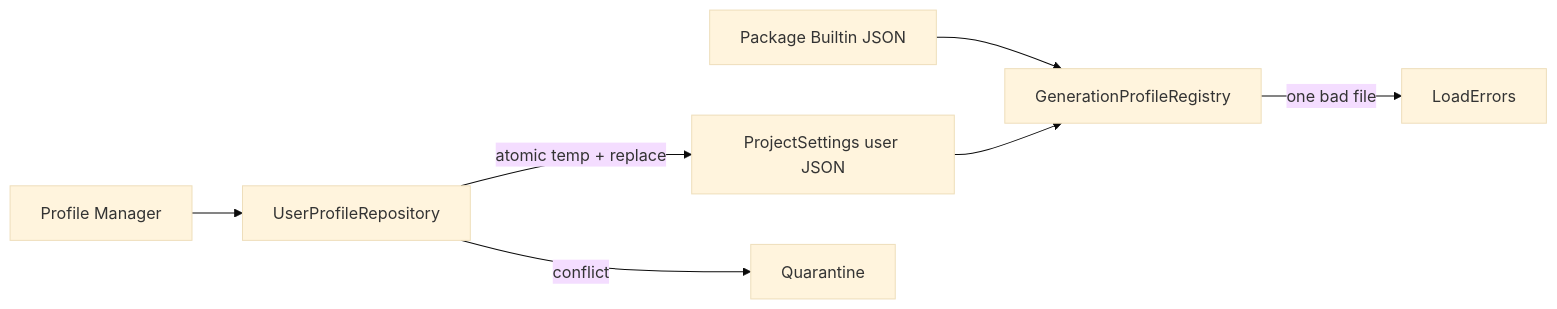
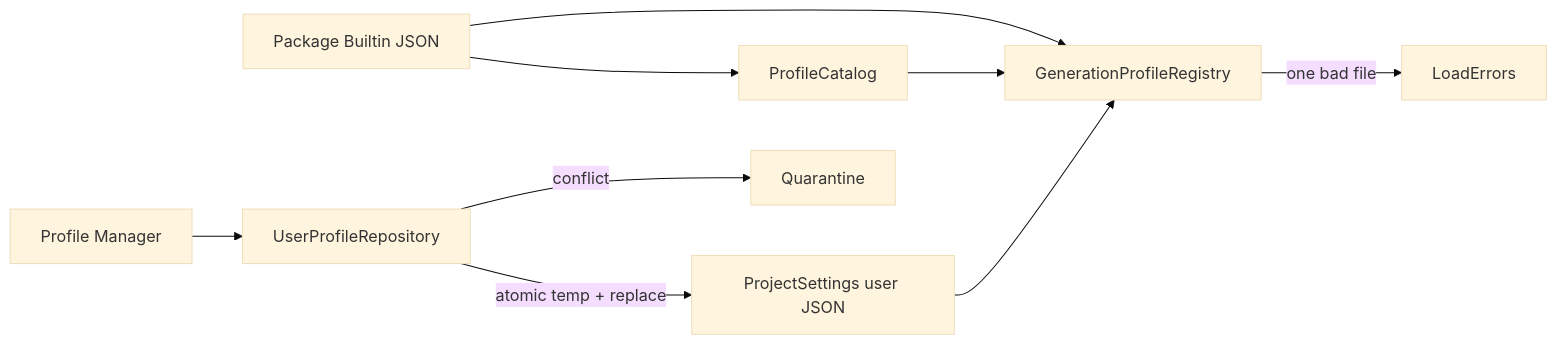
Before and after one commit to skepticworks/Unity-AI-Asset-Generator: the first of 10 diagrams in ARCHITECTURE.md, drawn with Mermaid (base theme). The commit also changed other lines of this file and 40 other files, not shown here.

First line of the commit message:
Consolidate architecture for Milestone 4.5 without changing product behavior.

````diff
--- a/ARCHITECTURE.md
+++ b/ARCHITECTURE.md
@@ -51,9 +51,11 @@
 ```mermaid
 flowchart LR
-  Builtin[Package Builtin JSON] --> Registry[GenerationProfileRegistry]
+  Builtin[Package Builtin JSON] --> Catalog[ProfileCatalog]
+  Builtin --> Registry[GenerationProfileRegistry]
+  Catalog --> Registry
   User[ProjectSettings user JSON] --> Registry
   Registry -->|one bad file| Errors[LoadErrors]
   Manager[Profile Manager] --> Repo[UserProfileRepository]
   Repo -->|atomic temp + replace| User
   Repo -->|conflict| Quarantine[Quarantine]
 ```
````
